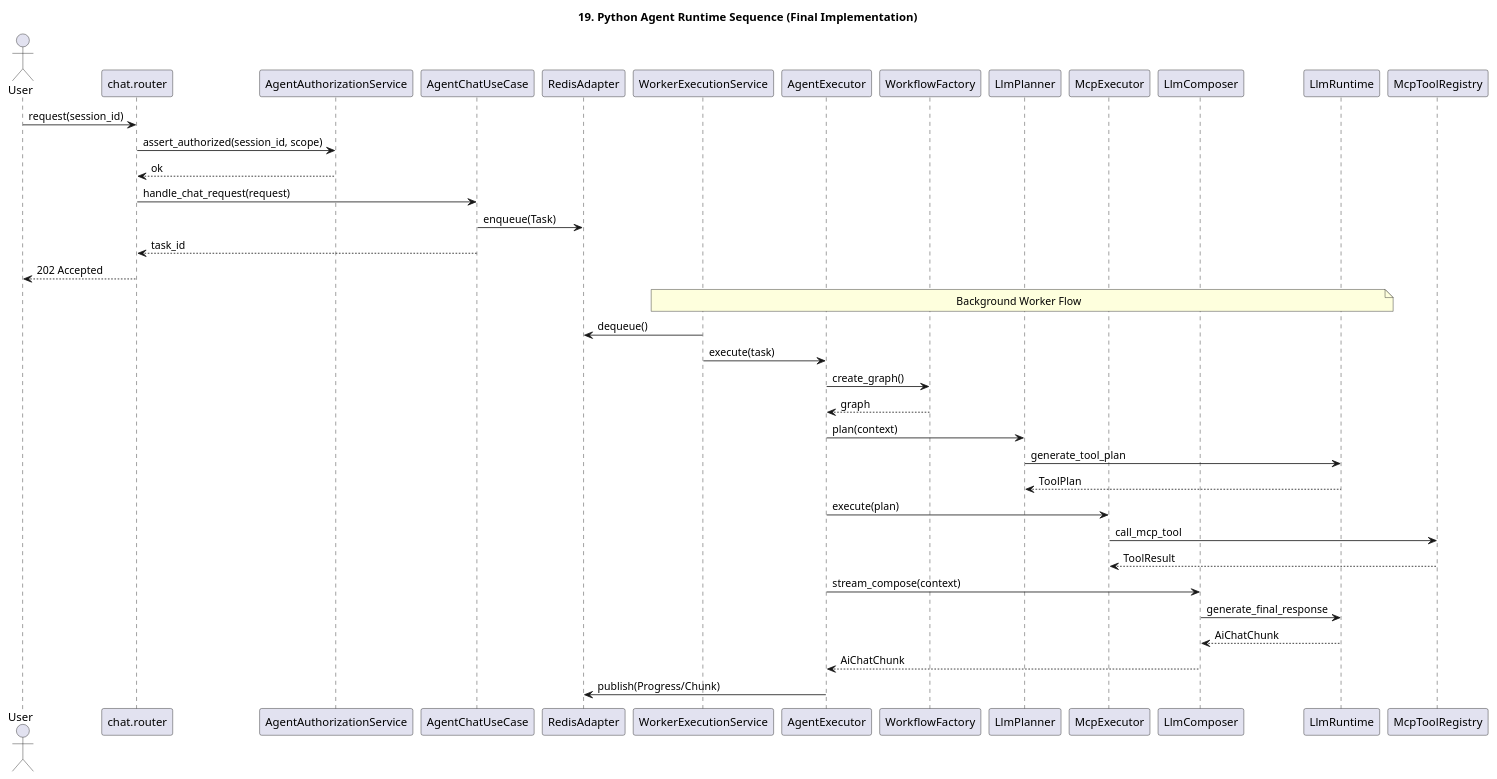
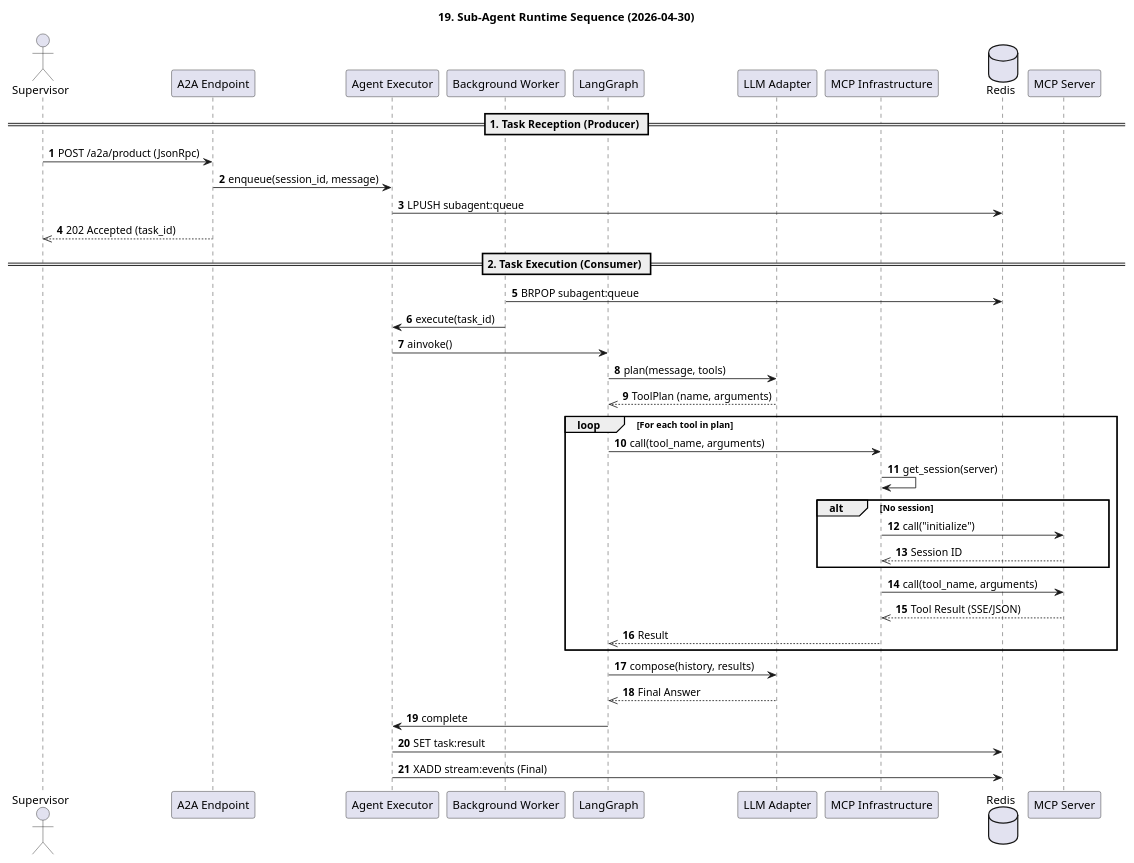
One commit to kim57uak/smart-supervisor-sub-agent changed the diagram in a2a-subagent-architecture/19-python-agent-runtime-sequence.puml. Above: the diagram before and after it, drawn with PlantUML. The commit also changed 25 other files, not shown here.

```diff
--- a/a2a-subagent-architecture/19-python-agent-runtime-sequence.puml
+++ b/a2a-subagent-architecture/19-python-agent-runtime-sequence.puml
@@ -1,47 +1,50 @@
 @startuml
-!pragma layout smetana
-title 19. Python Agent Runtime Sequence (Final Implementation)
+title 19. Sub-Agent Runtime Sequence (2026-04-30)
 
 skinparam shadowing false
+autonumber
 
-actor User
-participant "chat.router" as Endpoint
-participant "AgentAuthorizationService" as AuthService
-participant "AgentChatUseCase" as ChatUseCase
-participant "RedisAdapter" as Redis
-participant "WorkerExecutionService" as Worker
-participant "AgentExecutor" as Executor
-participant "WorkflowFactory" as GraphFactory
-participant "LlmPlanner" as Planner
-participant "McpExecutor" as ToolExec
-participant "LlmComposer" as Composer
-participant "LlmRuntime" as Runtime
-participant "McpToolRegistry" as ToolRegistry
+actor Supervisor
+participant "A2A Endpoint" as API
+participant "Agent Executor" as Executor
+participant "Background Worker" as Worker
+participant "LangGraph" as Graph
+participant "LLM Adapter" as LLM
+participant "MCP Infrastructure" as MCP
+database "Redis" as Redis
+participant "MCP Server" as MCPServer
 
-User -> Endpoint : request(session_id)
-Endpoint -> AuthService : assert_authorized(session_id, scope)
-AuthService --> Endpoint : ok
-Endpoint -> ChatUseCase : handle_chat_request(request)
-ChatUseCase -> Redis : enqueue(Task)
-ChatUseCase --> Endpoint : task_id
-Endpoint --> User : 202 Accepted
+== 1. Task Reception (Producer) ==
+Supervisor -> API : POST /a2a/product (JsonRpc)
+API -> Executor : enqueue(session_id, message)
+Executor -> Redis : LPUSH subagent:queue
+API -->> Supervisor : 202 Accepted (task_id)
 
-note over Worker, Runtime : Background Worker Flow
+== 2. Task Execution (Consumer) ==
+Worker -> Redis : BRPOP subagent:queue
+Worker -> Executor : execute(task_id)
+Executor -> Graph : ainvoke()
 
-Worker -> Redis : dequeue()
-Worker -> Executor : execute(task)
-Executor -> GraphFactory : create_graph()
-GraphFactory --> Executor : graph
-Executor -> Planner : plan(context)
-Planner -> Runtime : generate_tool_plan
-Runtime --> Planner : ToolPlan
-Executor -> ToolExec : execute(plan)
-ToolExec -> ToolRegistry : call_mcp_tool
-ToolRegistry --> ToolExec : ToolResult
-Executor -> Composer : stream_compose(context)
-Composer -> Runtime : generate_final_response
-Runtime --> Composer : AiChatChunk
-Composer --> Executor : AiChatChunk
-Executor -> Redis : publish(Progress/Chunk)
+Graph -> LLM : plan(message, tools)
+LLM -->> Graph : ToolPlan (name, arguments)
+
+loop For each tool in plan
+    Graph -> MCP : call(tool_name, arguments)
+    MCP -> MCP : get_session(server)
+    alt No session
+        MCP -> MCPServer : call("initialize")
+        MCPServer -->> MCP : Session ID
+    end
+    MCP -> MCPServer : call(tool_name, arguments)
+    MCPServer -->> MCP : Tool Result (SSE/JSON)
+    MCP -->> Graph : Result
+end
+
+Graph -> LLM : compose(history, results)
+LLM -->> Graph : Final Answer
+
+Graph -> Executor : complete
+Executor -> Redis : SET task:result
+Executor -> Redis : XADD stream:events (Final)
 
 @enduml
```
